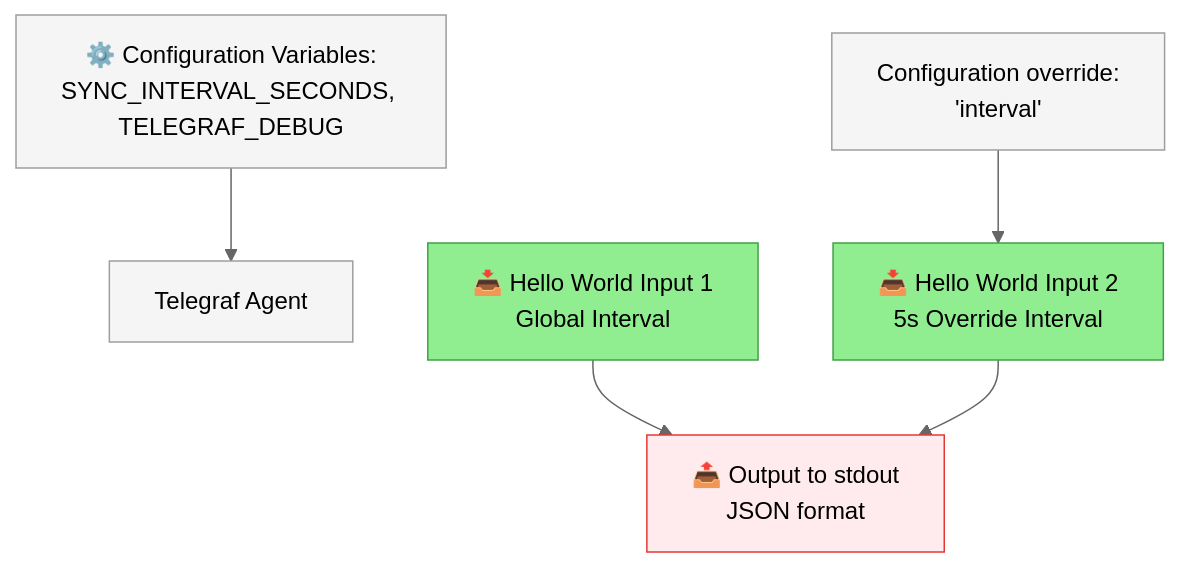
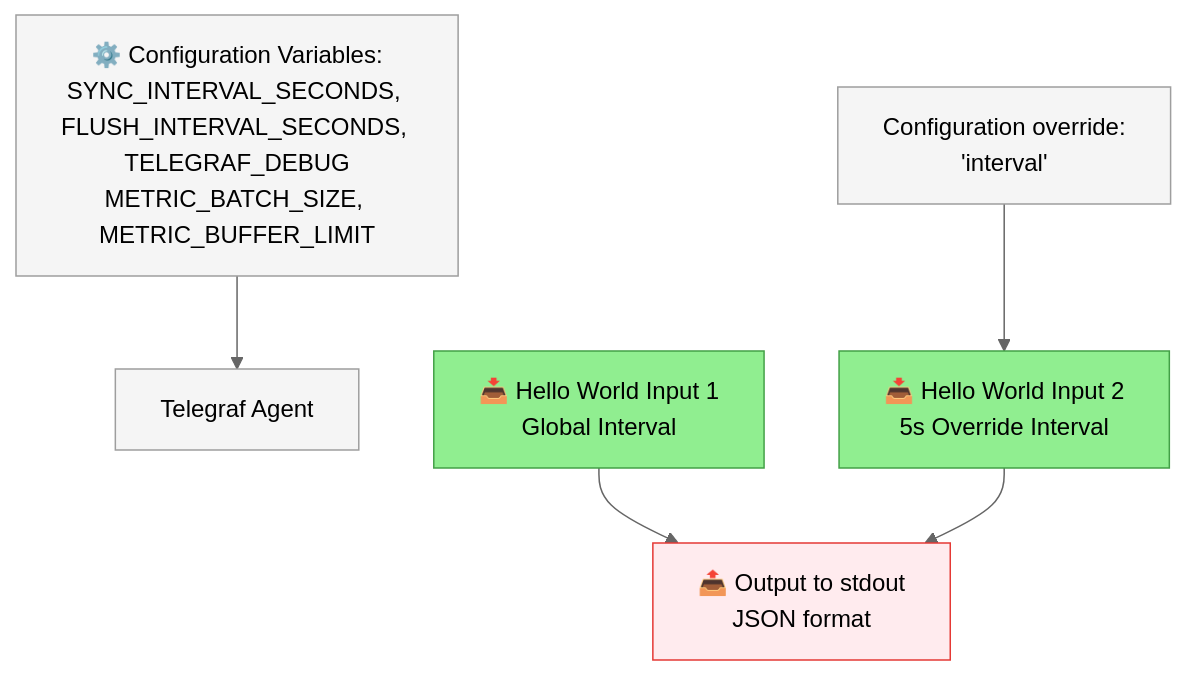
The first of 2 diagrams in project-hello-world-exec/README.md (fixedit-ai/fixedit-data-agent-examples), drawn with Mermaid (neutral theme) before and after one commit. The commit also changed other lines of this file and 3 other files, not shown here.

````diff
--- a/project-hello-world-exec/README.md
+++ b/project-hello-world-exec/README.md
@@ -11,18 +11,18 @@
 ```mermaid
 flowchart TD
-    X0["⚙️ Configuration Variables:<br/>SYNC_INTERVAL_SECONDS, TELEGRAF_DEBUG"] --> X1
+    X0["⚙️ Configuration Variables:<br/>SYNC_INTERVAL_SECONDS, FLUSH_INTERVAL_SECONDS, TELEGRAF_DEBUG<br/>METRIC_BATCH_SIZE, METRIC_BUFFER_LIMIT"] --> X1
     X1["Telegraf Agent"]
 
     X2["Configuration override:<br/>'interval'"] --> A2
 
     A1["📥 Hello World Input 1<br/>Global Interval"] --> C
     A2["📥 Hello World Input 2<br/>5s Override Interval"] --> C
     C["📤 Output to stdout<br/>JSON format"]
 
     style X0 fill:#f5f5f5,stroke:#9e9e9e
     style X1 fill:#f5f5f5,stroke:#9e9e9e
     style X2 fill:#f5f5f5,stroke:#9e9e9e
     style A1 fill:#90EE90,stroke:#43a047
     style A2 fill:#90EE90,stroke:#43a047
     style C fill:#ffebee,stroke:#e53935
 ```
````
